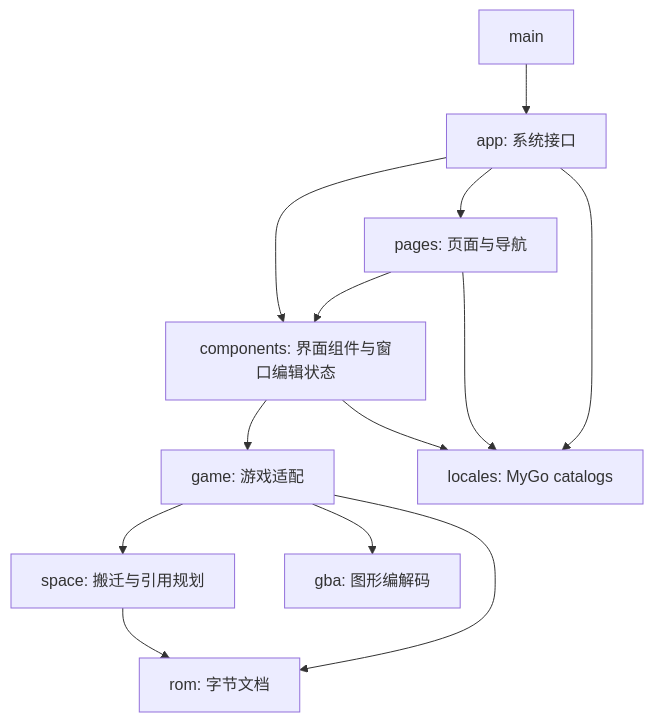
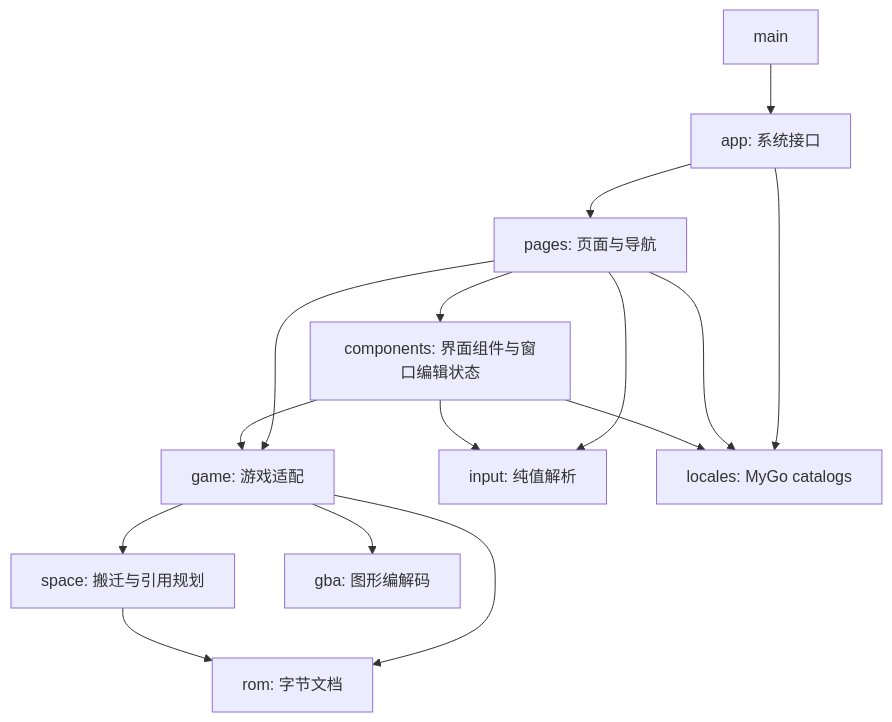
Before and after one commit to woxQAQ/febuildergba-mygo: the diagram in README.md, drawn with Mermaid. The commit also changed other lines of this file and 39 other files, not shown here.

````diff
--- a/README.md
+++ b/README.md
@@ -148,15 +152,17 @@
 ```mermaid
 flowchart TD
     Main[main] --> App[app: 系统接口]
     App --> Pages[pages: 页面与导航]
     Pages --> Components[components: 界面组件与窗口编辑状态]
-    App --> Components
+    Pages --> Game
+    Pages --> Input[input: 纯值解析]
+    Components --> Input
     Components --> Game[game: 游戏适配]
     Game --> ROM[rom: 字节文档]
     Game --> Space[space: 搬迁与引用规划]
     Game --> GBA[gba: 图形编解码]
     Space --> ROM
     App --> Locales[locales: MyGo catalogs]
     Pages --> Locales
     Components --> Locales
 ```
````
